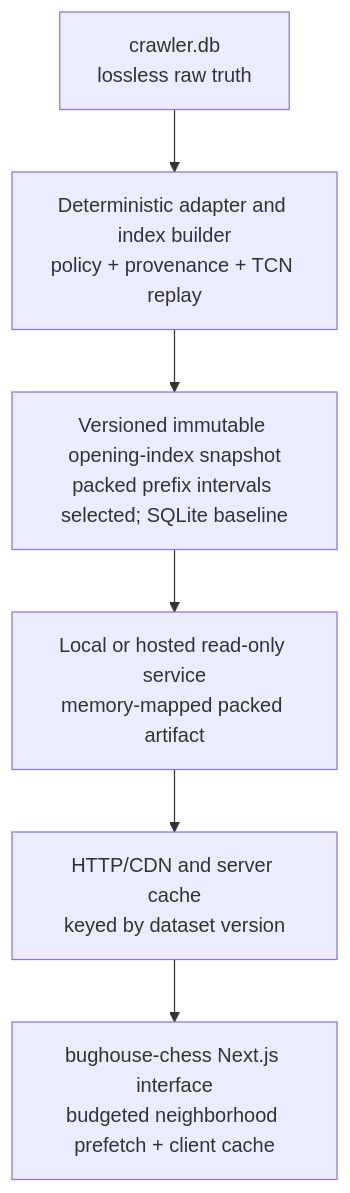
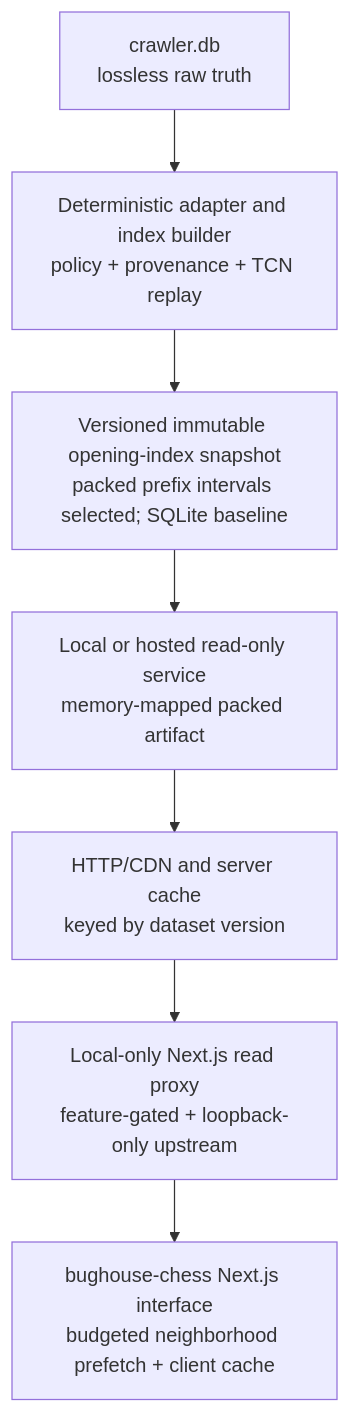
Before and after one commit to Ellipsoul/bughouse-opening-explorer: the diagram in docs/PLATFORM_ARCHITECTURE.md, drawn with Mermaid. The commit also changed other lines of this file and 18 other files, not shown here.

````diff
--- a/docs/PLATFORM_ARCHITECTURE.md
+++ b/docs/PLATFORM_ARCHITECTURE.md
@@ -11,15 +11,17 @@
 ```mermaid
 flowchart TD
     raw["crawler.db<br/>lossless raw truth"]
     build["Deterministic adapter and index builder<br/>policy + provenance + TCN replay"]
     index["Versioned immutable opening-index snapshot<br/>packed prefix intervals selected; SQLite baseline"]
     api["Local or hosted read-only service<br/>memory-mapped packed artifact"]
     cache["HTTP/CDN and server cache<br/>keyed by dataset version"]
+    proxy["Local-only Next.js read proxy<br/>feature-gated + loopback-only upstream"]
     client["bughouse-chess Next.js interface<br/>budgeted neighborhood prefetch + client cache"]
 
     raw --> build
     build --> index
     index --> api
     api --> cache
-    cache --> client
+    cache --> proxy
+    proxy --> client
 ```
````
